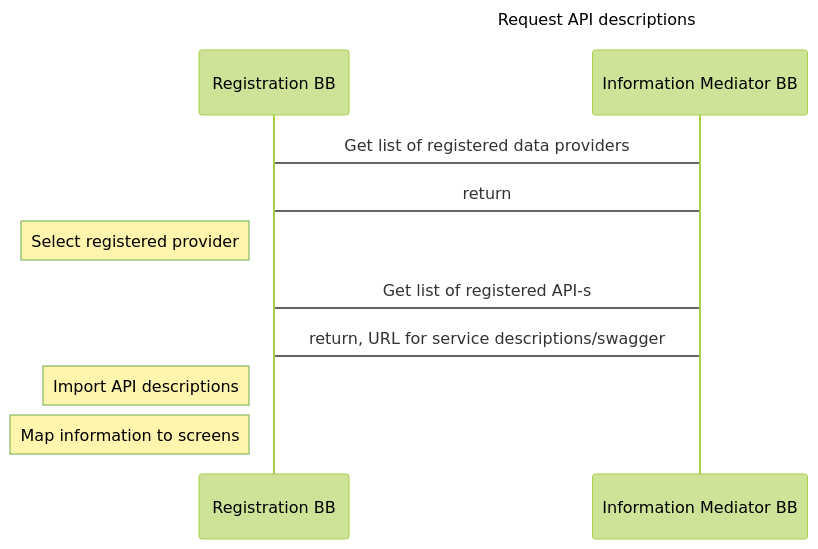
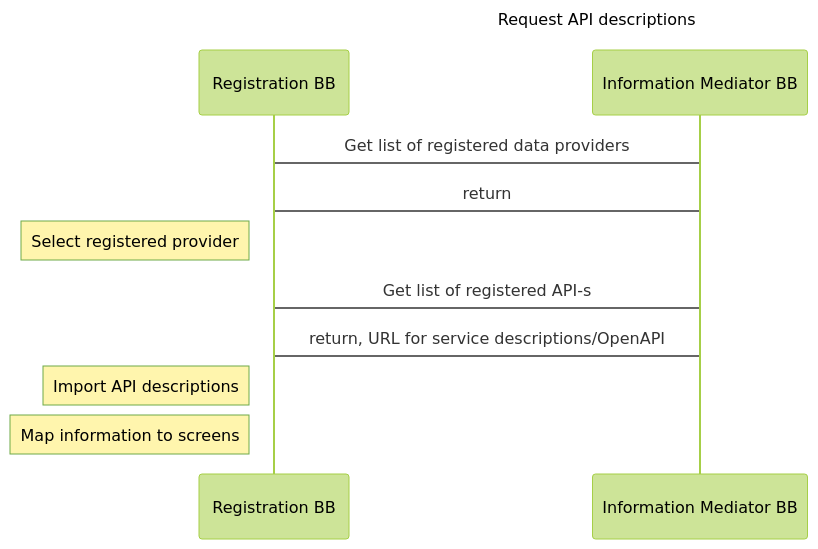
The fourth of 6 diagrams in spec/8-workflows.md (GovStackWorkingGroup/bb-registration), drawn with Mermaid (forest theme) before and after one commit. The commit also changed other lines of this file, not shown here.

````diff
--- a/spec/8-workflows.md
+++ b/spec/8-workflows.md
@@ -146,14 +146,14 @@
 ```mermaid
 sequenceDiagram
 title Request API descriptions
 
 Registration BB-> Information Mediator BB: Get list of registered data providers
 Information Mediator BB -> Registration BB: return
 note left of Registration BB: Select registered provider
 Registration BB-> Information Mediator BB: Get list of registered API-s
-Information Mediator BB -> Registration BB: return, URL for service descriptions/swagger
+Information Mediator BB -> Registration BB: return, URL for service descriptions/OpenAPI
 note left of Registration BB: Import API descriptions
 note left of Registration BB: Map information to screens
 
 
 ```
````
